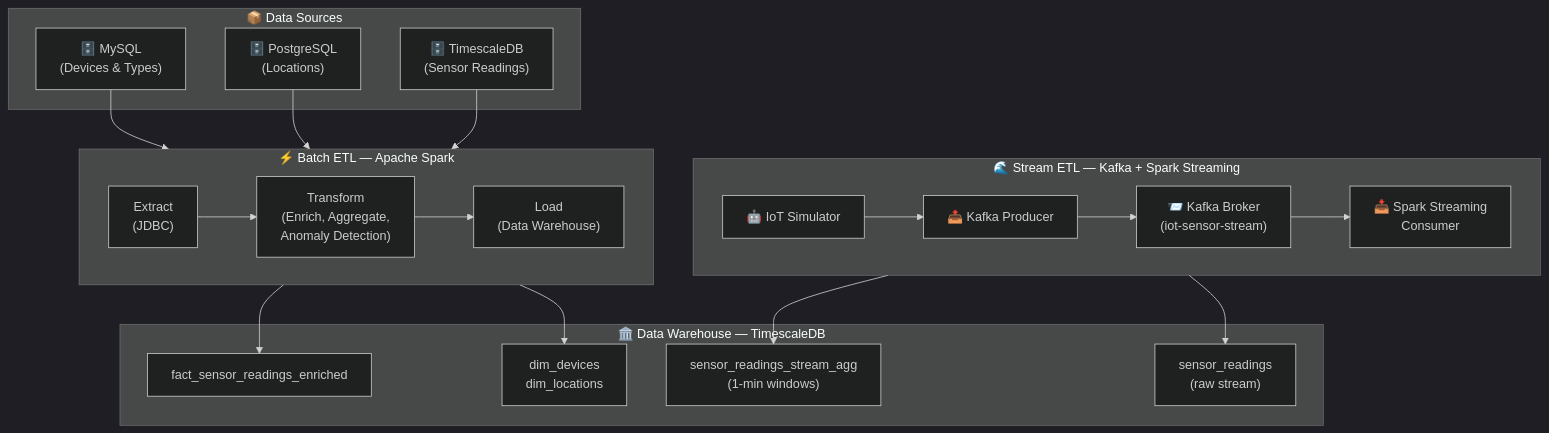
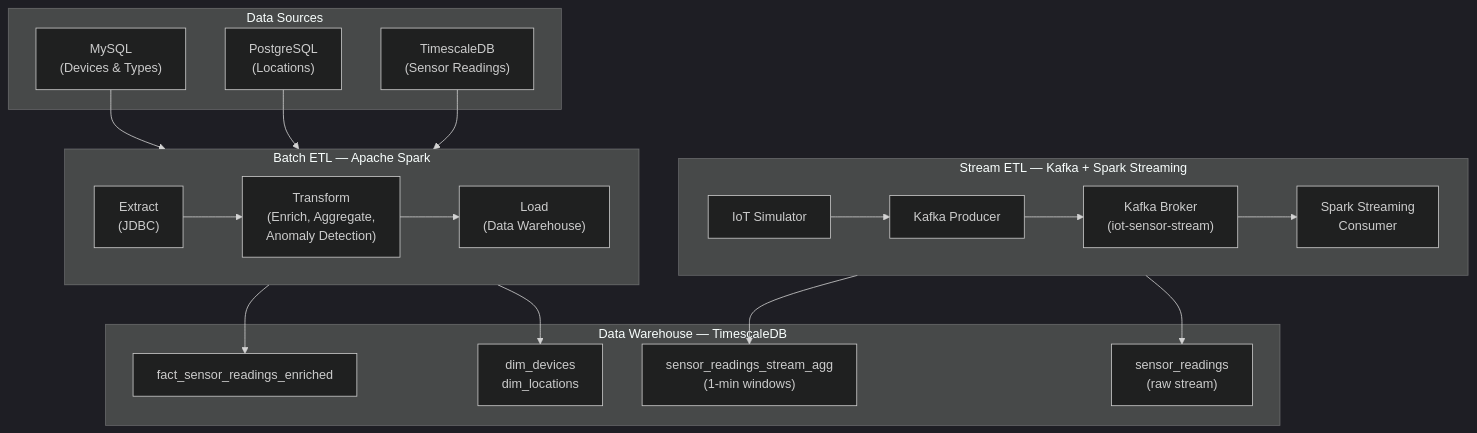
Before and after one commit to kaonasty/iot-etl: the diagram in README.md, drawn with Mermaid (dark theme). The commit also changed other lines of this file, not shown here.

````diff
--- a/README.md
+++ b/README.md
@@ -14,35 +7,35 @@
 ```mermaid
 flowchart TD
-    subgraph SOURCES["📦 Data Sources"]
-        MySQL["🗄️ MySQL\n(Devices & Types)"]
-        PG["🗄️ PostgreSQL\n(Locations)"]
-        TS_SRC["🗄️ TimescaleDB\n(Sensor Readings)"]
+    subgraph SOURCES["Data Sources"]
+        MySQL["MySQL\n(Devices & Types)"]
+        PG["PostgreSQL\n(Locations)"]
+        TS_SRC["TimescaleDB\n(Sensor Readings)"]
     end
 
-    subgraph BATCH["⚡ Batch ETL — Apache Spark"]
+    subgraph BATCH[" Batch ETL — Apache Spark"]
         direction LR
         B_EXT["Extract\n(JDBC)"] --> B_TRF["Transform\n(Enrich, Aggregate,\nAnomaly Detection)"] --> B_LOAD["Load\n(Data Warehouse)"]
     end
 
-    subgraph STREAM["🌊 Stream ETL — Kafka + Spark Streaming"]
+    subgraph STREAM["Stream ETL — Kafka + Spark Streaming"]
         direction LR
-        SIM["🤖 IoT Simulator"] --> PROD["📤 Kafka Producer"] --> KAFKA["📨 Kafka Broker\n(iot-sensor-stream)"] --> CONS["📥 Spark Streaming\nConsumer"]
+        SIM["IoT Simulator"] --> PROD["Kafka Producer"] --> KAFKA["Kafka Broker\n(iot-sensor-stream)"] --> CONS["Spark Streaming\nConsumer"]
     end
 
-    subgraph DWH["🏛️ Data Warehouse — TimescaleDB"]
+    subgraph DWH["Data Warehouse — TimescaleDB"]
         FACT["fact_sensor_readings_enriched"]
         DIM["dim_devices\ndim_locations"]
         AGG["sensor_readings_stream_agg\n(1-min windows)"]
         RAW["sensor_readings\n(raw stream)"]
     end
 
     MySQL --> B_EXT
     PG --> B_EXT
     TS_SRC --> B_EXT
 
     B_LOAD --> FACT
     B_LOAD --> DIM
 
     CONS --> RAW
     CONS --> AGG
 ```
````
